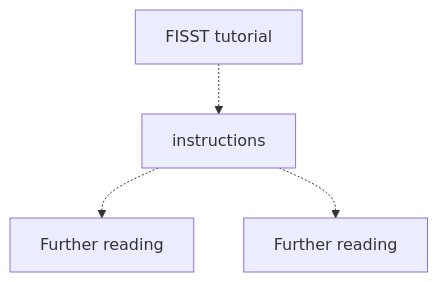
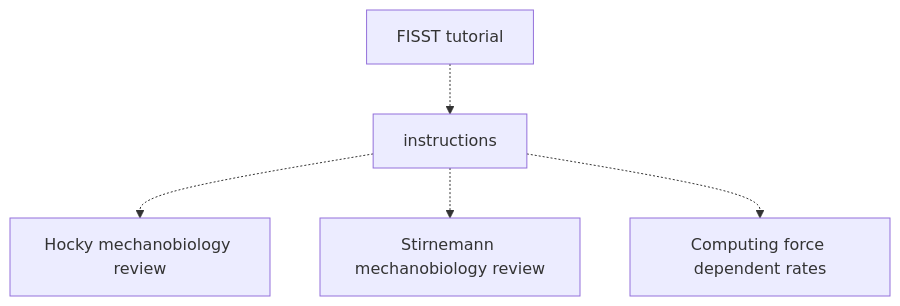
Before and after one commit to hockyg/plumed-tutorial-force2: the diagram in NAVIGATION.md, drawn with Mermaid.

````diff
--- a/NAVIGATION.md
+++ b/NAVIGATION.md
@@ -14,10 +14,13 @@
 ```mermaid
 flowchart TB;
   A[FISST tutorial] -.-> B[instructions];
-  B -.-> C[Further reading];
-  B -.-> D[Further reading];
+  B -.-> C[Hocky mechanobiology review];
+  B -.-> D[Stirnemann mechanobiology review];
+  B -.-> E[Computing force dependent rates];
   click A "ref1" "A previous tutorial that introduces the concepts of mechanical pulling in PLUMED and the FISST module";
   click B "INSTRUCTIONS.md" "Instructions for the exercises that you are supposed to complete";
   click C "paper1" "One paper describing how to treat forces in molecular dynamics simulations of biological macromolecules";
   click D "paper2" "A second paper describing how to treat forces in molecular dynamics simulations of biological macromolecules";
+  click E "paper3" "A paper showing that force-dependent rates can be computed using infrequent metadynamics";
+
 ```
````
